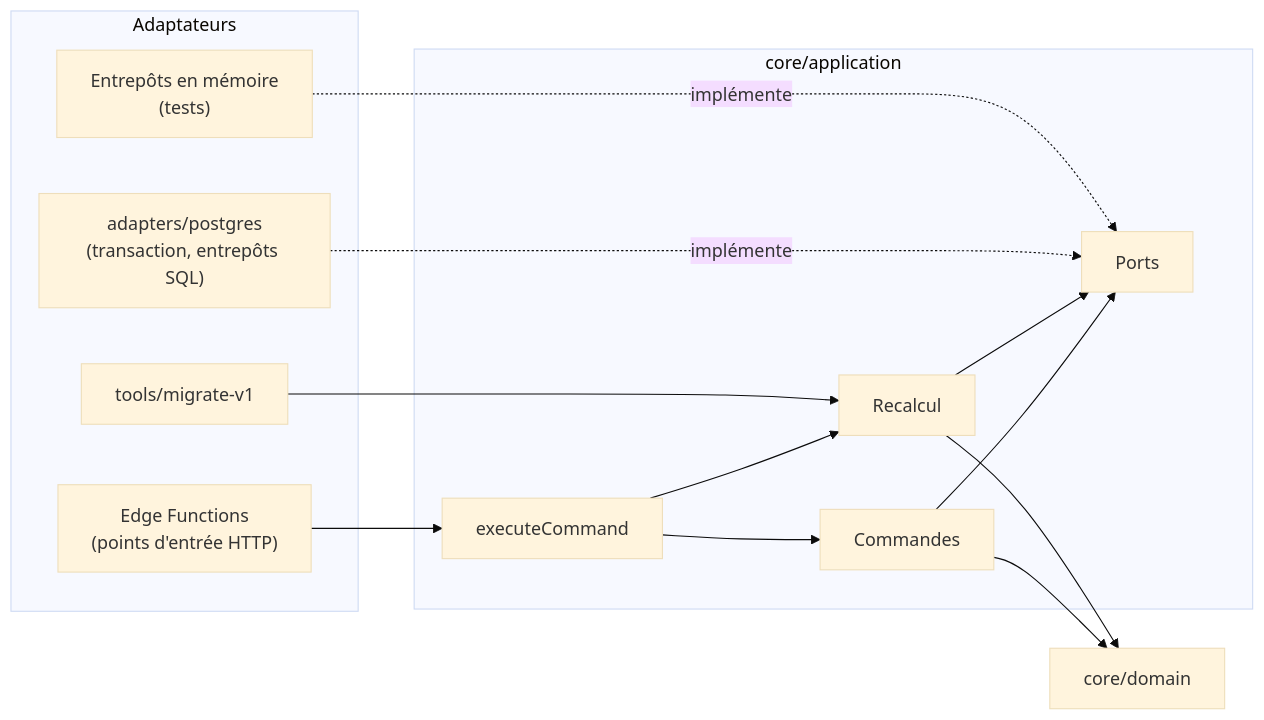
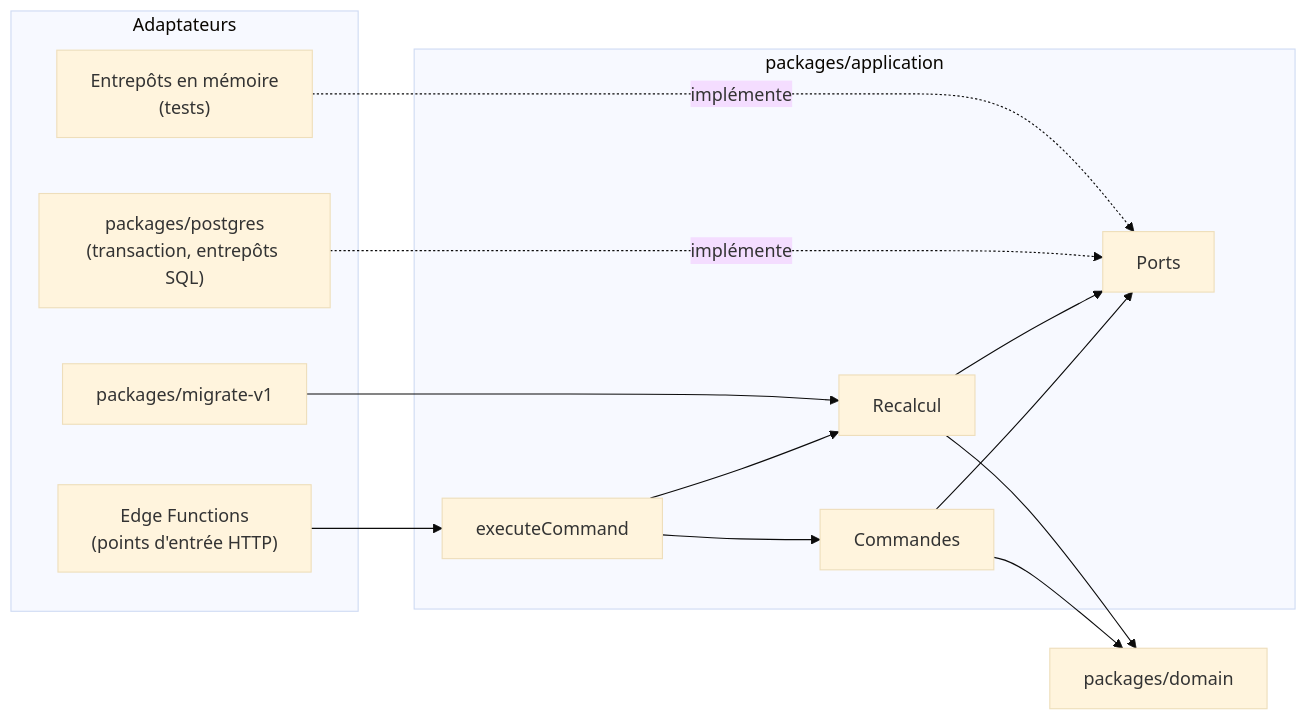
Before and after one commit to Charkx/Arrakard: the diagram in docs/adr/0023-ecritures-en-trois-couches.md, drawn with Mermaid (base theme). The commit also changed other lines of this file and 7 other files, not shown here.

````diff
--- a/docs/adr/0023-ecritures-en-trois-couches.md
+++ b/docs/adr/0023-ecritures-en-trois-couches.md
@@ -33,26 +38,26 @@
 ```mermaid
 flowchart LR
   subgraph adapters["Adaptateurs"]
     fn["Edge Functions<br/>(points d'entrée HTTP)"]
-    pg["adapters/postgres<br/>(transaction, entrepôts SQL)"]
+    pg["packages/postgres<br/>(transaction, entrepôts SQL)"]
     mem["Entrepôts en mémoire<br/>(tests)"]
-    mig["tools/migrate-v1"]
+    mig["packages/migrate-v1"]
   end
-  subgraph application["core/application"]
+  subgraph application["packages/application"]
     exec["executeCommand"]
     cmd["Commandes"]
     rec["Recalcul"]
     ports["Ports"]
   end
-  domain["core/domain"]
+  domain["packages/domain"]
   fn --> exec
   exec --> cmd
   exec --> rec
   mig --> rec
   cmd --> ports
   rec --> ports
   cmd --> domain
   rec --> domain
   pg -. implémente .-> ports
   mem -. implémente .-> ports
 ```
````
